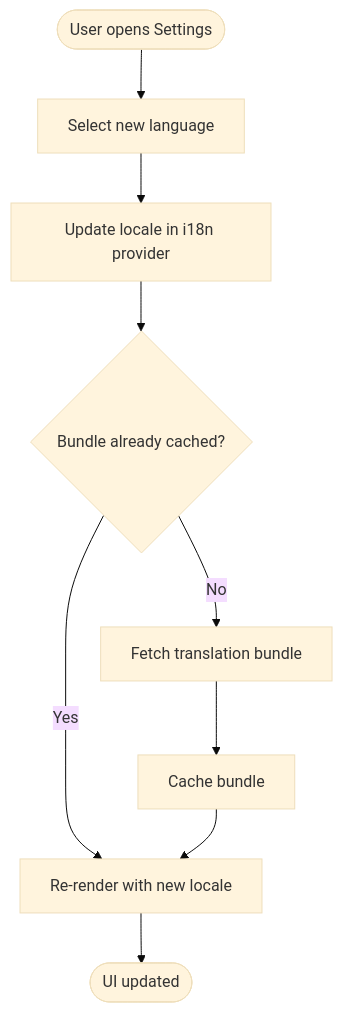
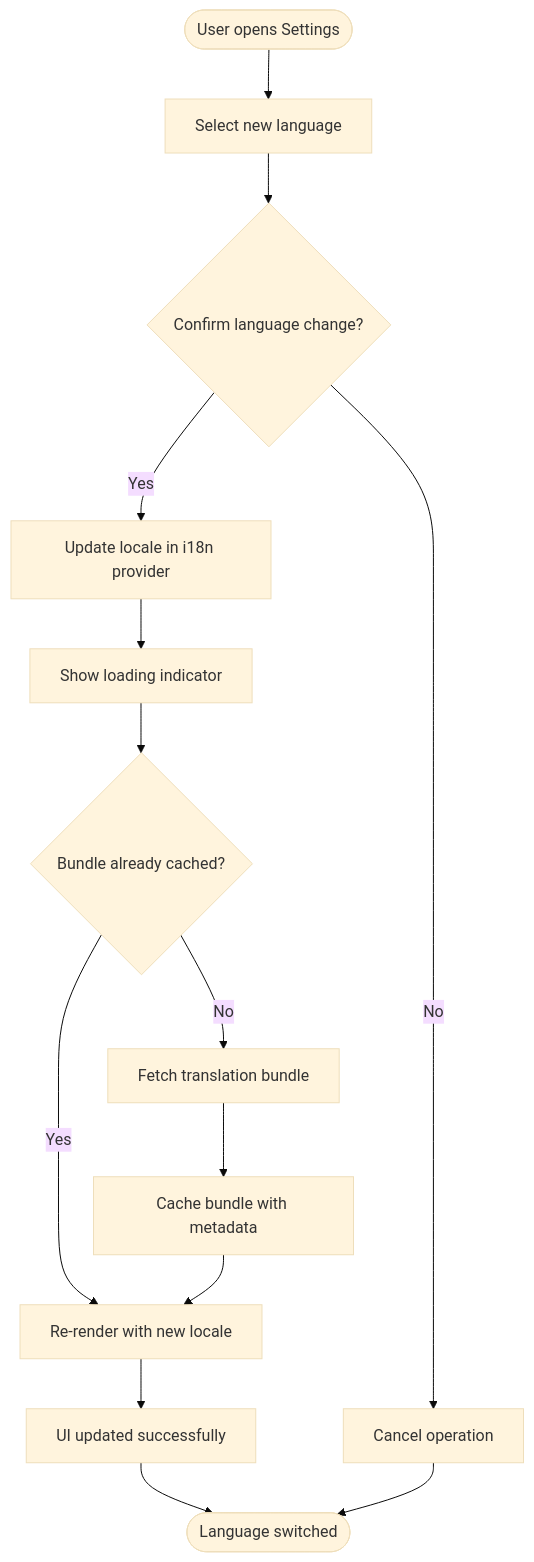
Before and after one commit to zmyeo54/briefroom: the fourth of 5 diagrams in .qoder/repowiki/en/content/Utility Libraries/Internationalization (i18n).md, drawn with Mermaid (base theme). The commit also changed other lines of this file and 41 other files, not shown here.

First line of the commit message:
docs(core-features): add detailed documentation for Mindmap Visualization and Onboarding Tour System

````diff
--- a/.qoder/repowiki/en/content/Utility Libraries/Internationalization (i18n).md
+++ b/.qoder/repowiki/en/content/Utility Libraries/Internationalization (i18n).md
@@ -213,11 +266,16 @@
 ```mermaid
 flowchart TD
 Start(["User opens Settings"]) --> Select["Select new language"]
-Select --> Update["Update locale in i18n provider"]
-Update --> Reload{"Bundle already cached?"}
+Select --> Confirm{"Confirm language change?"}
+Confirm --> |Yes| Update["Update locale in i18n provider"]
+Confirm --> |No| Cancel["Cancel operation"]
+Update --> ShowLoading["Show loading indicator"]
+ShowLoading --> Reload{"Bundle already cached?"}
 Reload --> |Yes| ReRender["Re-render with new locale"]
 Reload --> |No| Fetch["Fetch translation bundle"]
-Fetch --> Cache["Cache bundle"]
+Fetch --> Cache["Cache bundle with metadata"]
 Cache --> ReRender
-ReRender --> End(["UI updated"])
+ReRender --> Success["UI updated successfully"]
+Success --> End(["Language switched"])
+Cancel --> End
 ```
````
